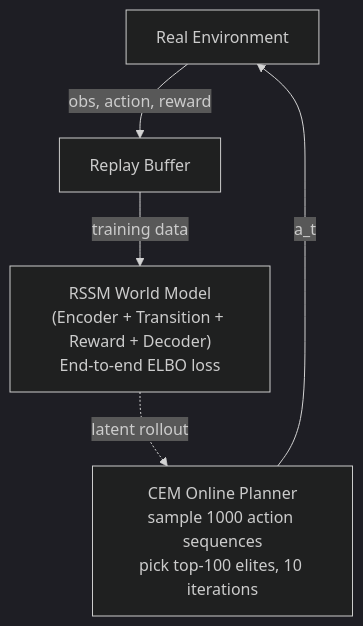
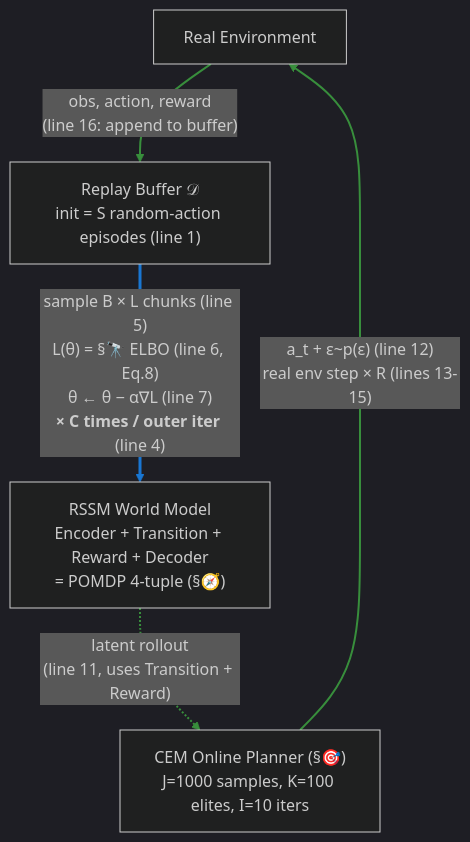
The seventh of 7 diagrams in World-Model-Study-Notes.md (jinxinzhou/world-model-study), drawn with Mermaid (dark theme) before and after one commit. The commit also changed other lines of this file and 1 other file, not shown here.

Commit message:
docs: enrich bird's-eye view diagram to mirror Algorithm 1
Add details to the system data-flow mermaid so each edge maps to
specific lines in Algorithm 1:

- Replay Buffer: note that it is initialized with S random episodes
  (line 1)
- Env -> Buffer edge: line 16 (append episode)
- Buffer -> RSSM edge: expand to show the three Model-fitting inner
  steps (sample chunks line 5, ELBO line 6, SGD update line 7) and
  the x C repeat (line 4)
- RSSM -.-> CEM edge: line 11, planner uses transition + reward
- CEM -> Env edge: exploration noise (line 12) + action repeat
  x R (lines 13-15)

Color-code edges by phase: blue for A (Model fitting), green for B
(Data collection), keep the latent-rollout edge dashed. Add a color
key under the diagram and a forward link to Algorithm 1 in #### 2.

````diff
--- a/World-Model-Study-Notes.md
+++ b/World-Model-Study-Notes.md
@@ -2164,7 +2164,17 @@
 ```mermaid
 flowchart TD
-    Env["Real Environment"] -->|obs, action, reward| Buffer["Replay Buffer"]
-    Buffer -->|training data| RSSM["RSSM World Model<br/>(Encoder + Transition + Reward + Decoder)<br/>End-to-end ELBO loss"]
-    RSSM -.->|"latent rollout"| CEM["CEM Online Planner<br/>sample 1000 action sequences<br/>pick top-100 elites, 10 iterations"]
-    CEM -->|"a_t"| Env
+    Env["Real Environment"]
+    Buffer["Replay Buffer 𝒟<br/>init = S random-action episodes (line 1)"]
+    RSSM["RSSM World Model<br/>Encoder + Transition + Reward + Decoder<br/>= POMDP 4-tuple (§🧭)"]
+    CEM["CEM Online Planner (§🎯)<br/>J=1000 samples, K=100 elites, I=10 iters"]
+
+    Env -->|"obs, action, reward<br/>(line 16: append to buffer)"| Buffer
+    Buffer -->|"sample B × L chunks (line 5)<br/>L(θ) = §🔭 ELBO (line 6, Eq.8)<br/>θ ← θ − α∇L (line 7)<br/><b>× C times / outer iter</b> (line 4)"| RSSM
+    RSSM -.->|"latent rollout<br/>(line 11, uses Transition + Reward)"| CEM
+    CEM -->|"a_t + ε~p(ε) (line 12)<br/>real env step × R (lines 13-15)"| Env
+
+    linkStyle 0 stroke:#388e3c,stroke-width:2px
+    linkStyle 1 stroke:#1976d2,stroke-width:3px
+    linkStyle 2 stroke:#388e3c,stroke-width:2px
+    linkStyle 3 stroke:#388e3c,stroke-width:2px
 ```
````
